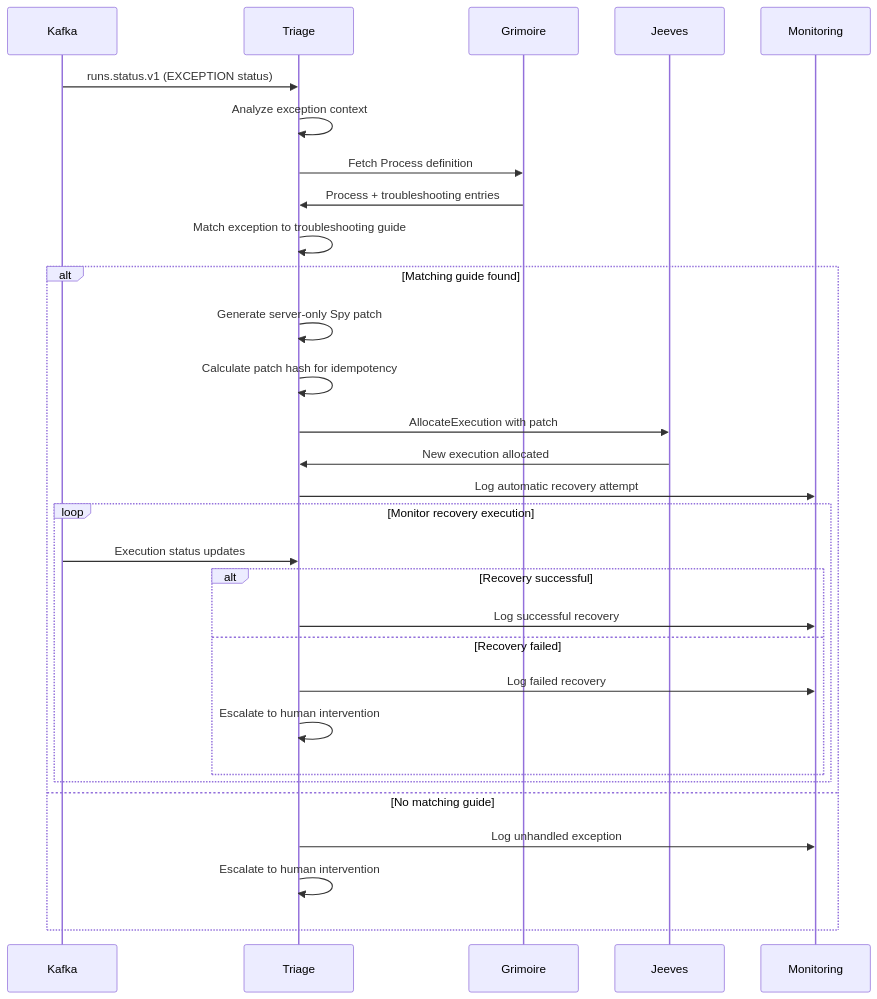
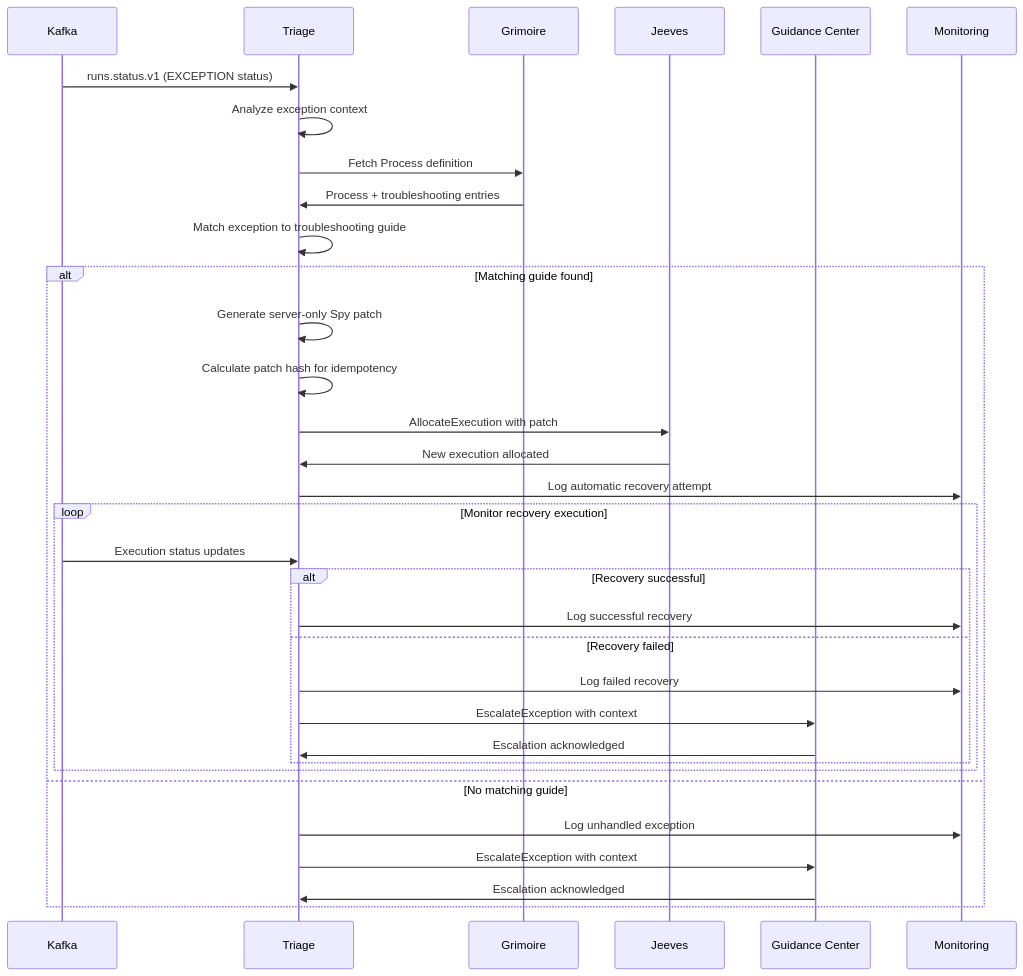
Before and after one commit to 3miliano/voyager-architecture: the diagram in docs/integration-services/triage.md, drawn with Mermaid. The commit also changed other lines of this file and 8 other files, not shown here.

First line of the commit message:
Refactor exception handling: Remove Herald service and implement Triage-Guidance coordination

````diff
--- a/docs/integration-services/triage.md
+++ b/docs/integration-services/triage.md
@@ -64,40 +73,43 @@
 ```mermaid
 sequenceDiagram
     participant Kafka
     participant Triage
     participant Grimoire
     participant Jeeves
+    participant Guidance as Guidance Center
     participant Monitoring
 
     Kafka->>Triage: runs.status.v1 (EXCEPTION status)
     Triage->>Triage: Analyze exception context
     
     Triage->>Grimoire: Fetch Process definition
     Grimoire->>Triage: Process + troubleshooting entries
     
     Triage->>Triage: Match exception to troubleshooting guide
     
     alt Matching guide found
         Triage->>Triage: Generate server-only Spy patch
         Triage->>Triage: Calculate patch hash for idempotency
         
         Triage->>Jeeves: AllocateExecution with patch
         Jeeves->>Triage: New execution allocated
         
         Triage->>Monitoring: Log automatic recovery attempt
         
         loop Monitor recovery execution
             Kafka->>Triage: Execution status updates
             
             alt Recovery successful
                 Triage->>Monitoring: Log successful recovery
             else Recovery failed
                 Triage->>Monitoring: Log failed recovery
-                Triage->>Triage: Escalate to human intervention
+                Triage->>Guidance: EscalateException with context
+                Guidance->>Triage: Escalation acknowledged
             end
         end
     else No matching guide
         Triage->>Monitoring: Log unhandled exception
-        Triage->>Triage: Escalate to human intervention
+        Triage->>Guidance: EscalateException with context
+        Guidance->>Triage: Escalation acknowledged
     end
 ```
````
